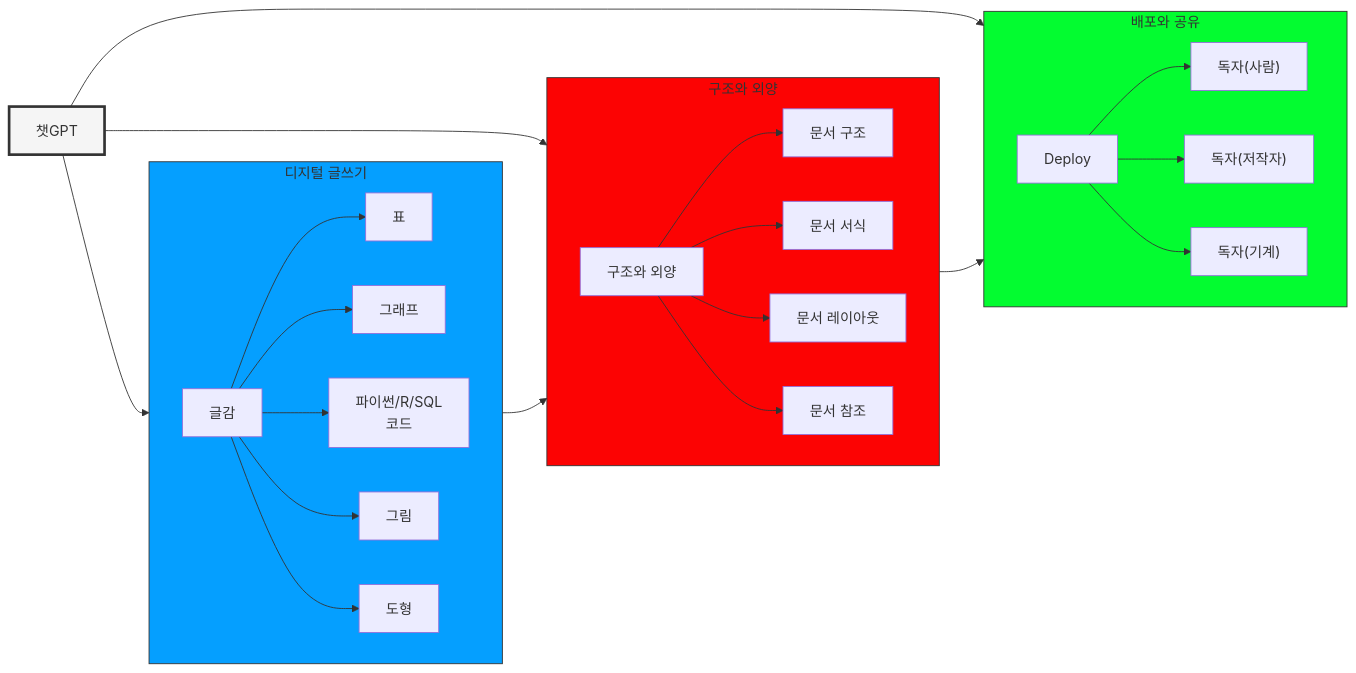
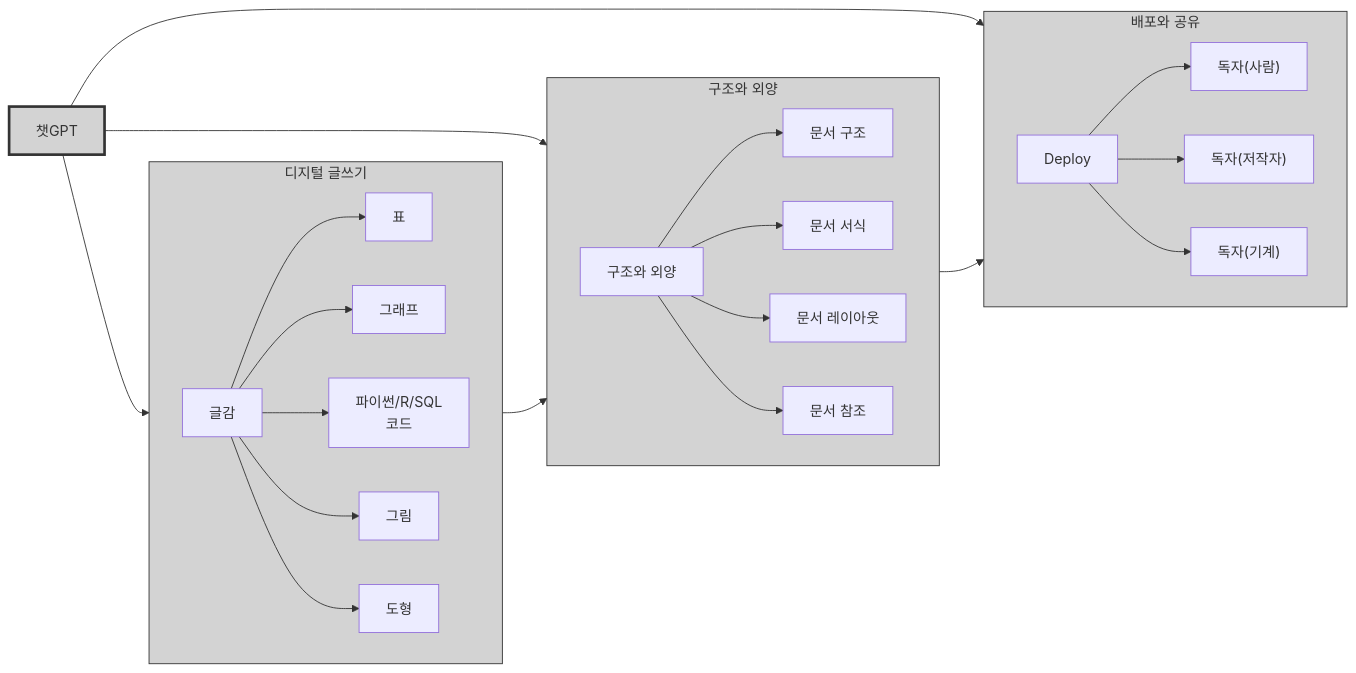
The first of 3 diagrams in components.qmd (bit2r/gpt-writing), drawn with Mermaid before and after one commit. The commit also changed other lines of this file and 15 other files, not shown here.

````diff
--- a/components.qmd
+++ b/components.qmd
@@ -519,41 +620,42 @@
 ```{mermaid}
+%%| echo: true
+
 graph LR
 
     chatGPT["챗GPT"] --> Contents
 
     subgraph Contents["디지털 글쓰기"]
         direction LR
         Writing["글감"] --> Table["표"]
         Writing --> Graph["그래프"]
         Writing --> Code["파이썬/R/SQL<br>코드"]
         Writing --> Figure["그림"]
         Writing --> Diagram["도형"]        
     end
 
     chatGPT --> Format
     Contents --> Format
 
     subgraph Format["구조와 외양"]
         direction LR
         Theme["구조와 외양"] --> Title["문서 구조"]
         Theme               --> Formatting["문서 서식"]
         Theme               --> Layout["문서 레이아웃"]
         Theme               --> reference["문서 참조"]
     end
 
     chatGPT --> Deployment
     Format --> Deployment
 
     subgraph Deployment["배포와 공유"]
         direction LR
         Deploy --> Reader["독자(사람)"]
         Deploy --> Author["독자(저작자)"]
         Deploy --> Machine["독자(기계)"]
     end
 
-
-    style chatGPT fill:#f5f5f5,stroke:#333,stroke-width:3px
-    style Contents fill:#059fff,stroke:#333,stroke-width:1px
-    style Format fill:#fc0303,stroke:#333,stroke-width:1px
-    style Deployment fill:#03fc30,stroke:#333,stroke-width:1px
+    style chatGPT fill:#d3d3d3,stroke:#333,stroke-width:3px
+    style Contents fill:#d3d3d3,stroke:#333,stroke-width:1px
+    style Format fill:#d3d3d3,stroke:#333,stroke-width:1px
+    style Deployment fill:#d3d3d3,stroke:#333,stroke-width:1px
 ```
````
